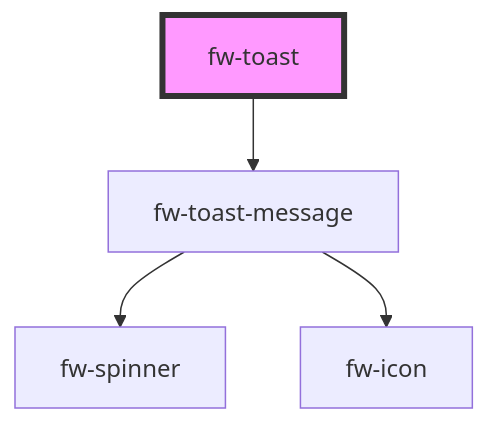
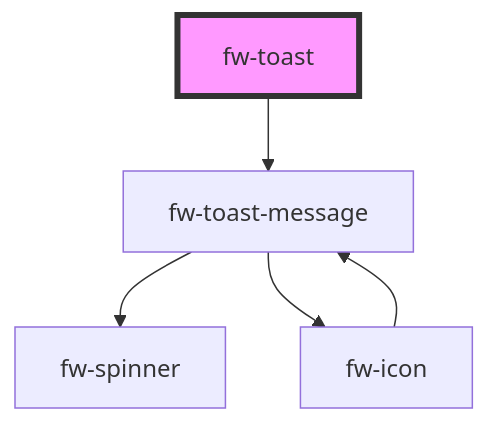
The diagram in packages/crayons-core/src/components/toast/readme.md (freshworks/crayons), drawn with Mermaid before and after one commit. The commit also changed 48 other files, not shown here.

````diff
--- a/packages/crayons-core/src/components/toast/readme.md
+++ b/packages/crayons-core/src/components/toast/readme.md
@@ -203,7 +203,8 @@
 ```mermaid
 graph TD;
   fw-toast --> fw-toast-message
   fw-toast-message --> fw-spinner
   fw-toast-message --> fw-icon
+  fw-icon --> fw-toast-message
   style fw-toast fill:#f9f,stroke:#333,stroke-width:4px
 ```
````
